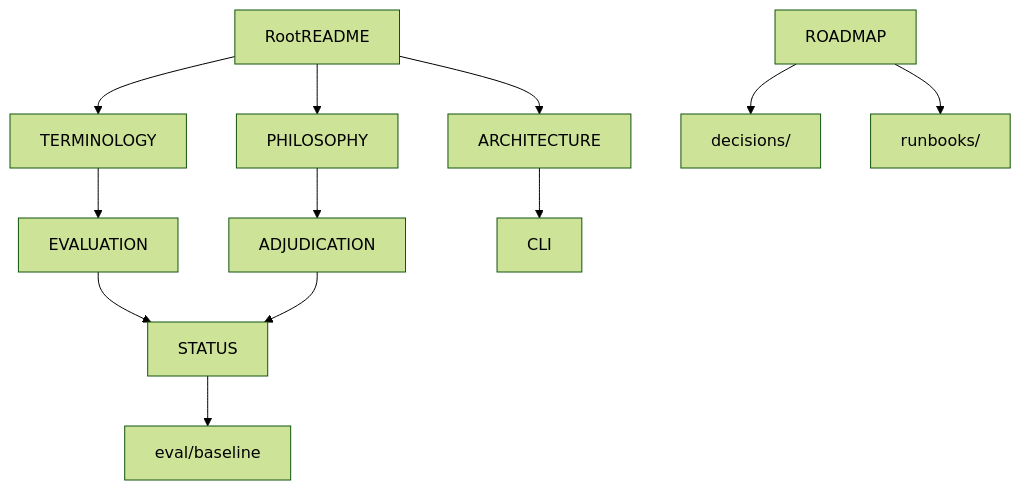
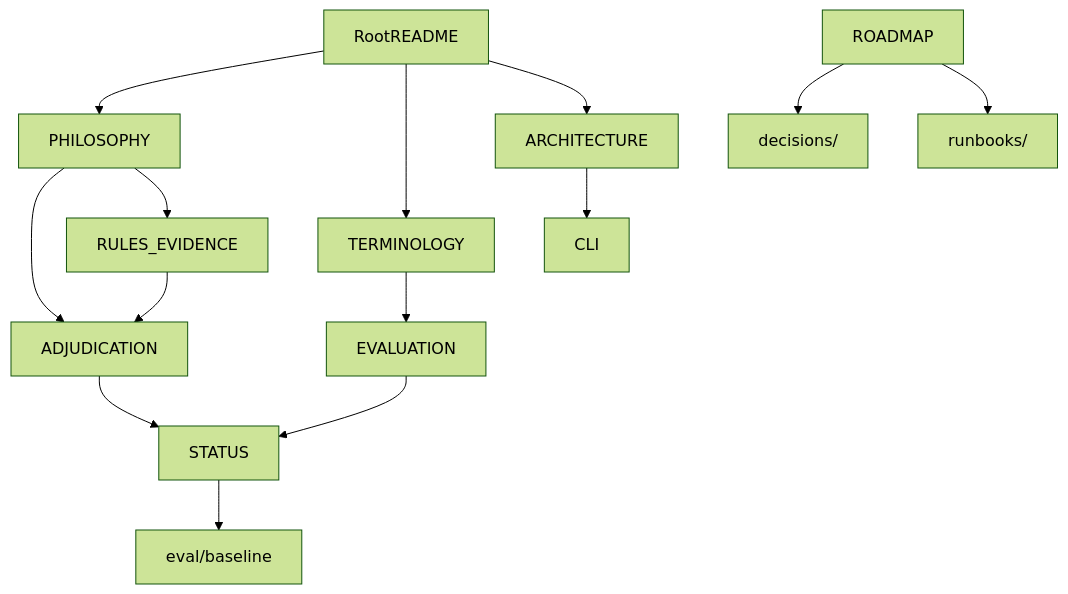
Before and after one commit to witzbeck/mtg-loop-engine: the diagram in docs/README.md, drawn with Mermaid (forest theme). The commit also changed other lines of this file and 13 other files, not shown here.

First line of the commit message:
Add rules-evidence rails for deliberate physics growth. (#33)

````diff
--- a/docs/README.md
+++ b/docs/README.md
@@ -11,14 +11,16 @@
 ```mermaid
 graph TB;
   readme[RootREADME] --> philosophy[PHILOSOPHY];
   readme --> terminology[TERMINOLOGY];
   readme --> architecture[ARCHITECTURE];
   philosophy --> adjudication[ADJUDICATION];
+  philosophy --> rulesEvidence[RULES_EVIDENCE];
   terminology --> evaluation[EVALUATION];
   architecture --> cli[CLI];
   evaluation --> status[STATUS];
   adjudication --> status;
+  rulesEvidence --> adjudication;
   status --> baselines[eval/baseline];
   roadmap[ROADMAP] --> decisions[decisions/];
   roadmap --> runbooks[runbooks/];
 ```
````
